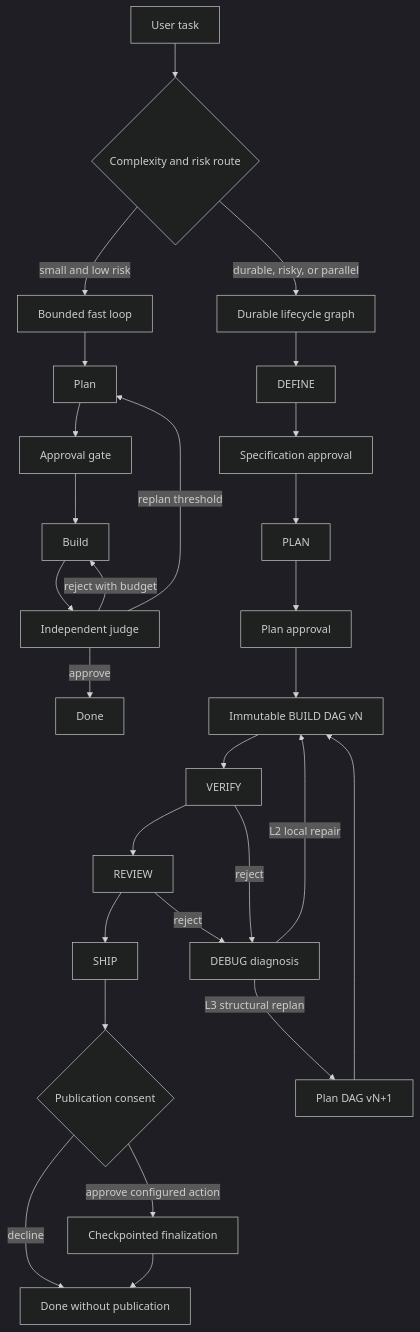
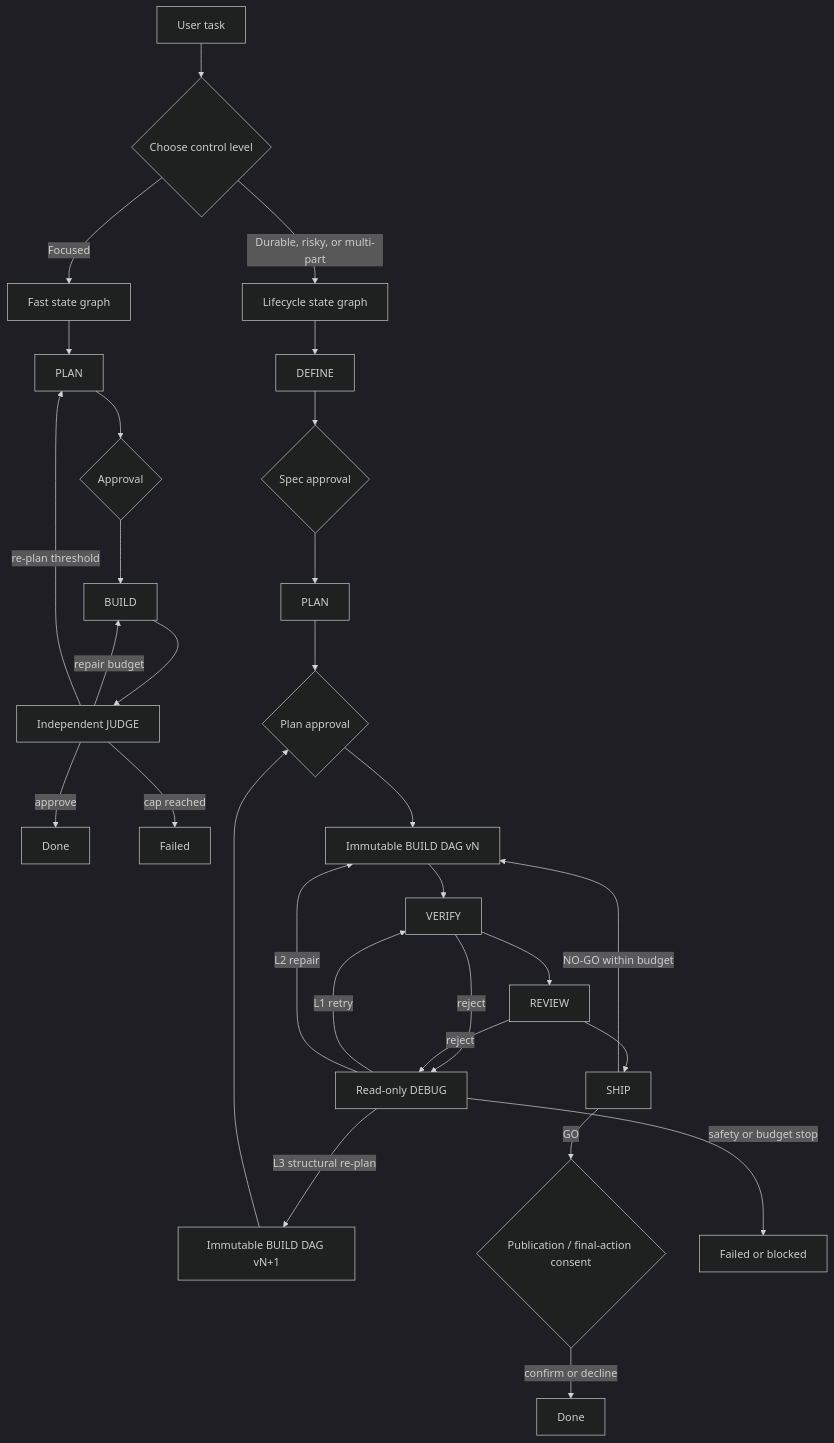
The first of 4 diagrams in docs/graph-architecture.md (nguyen-ta-cuong/ai-orchestrator), drawn with Mermaid (dark theme) before and after one commit. The commit also changed other lines of this file and 8 other files, not shown here.

````diff
--- a/docs/graph-architecture.md
+++ b/docs/graph-architecture.md
@@ -11,18 +11,24 @@
 ```mermaid
 flowchart TB
-    U["User task"] --> R{"Complexity and risk route"}
-    R -->|"small and low risk"| F["Bounded fast loop"]
-    R -->|"durable, risky, or parallel"| D["Durable lifecycle graph"]
-    F --> FP["Plan"] --> FG["Approval gate"] --> FB["Build"] --> FJ["Independent judge"]
+    U["User task"] --> C{"Choose control level"}
+
+    C -->|"Focused"| F["Fast state graph"]
+    F --> FP["PLAN"] --> FA{"Approval"} --> FB["BUILD"] --> FJ["Independent JUDGE"]
     FJ -->|"approve"| FD["Done"]
-    FJ -->|"reject with budget"| FB
-    FJ -->|"replan threshold"| FP
-    D --> DE["DEFINE"] --> DG1["Specification approval"] --> DP["PLAN"] --> DG2["Plan approval"]
-    DG2 --> BDAG["Immutable BUILD DAG vN"] --> DV["VERIFY"] --> DR["REVIEW"] --> DS["SHIP"] --> PUB{"Publication consent"}
-    DV -->|"reject"| DD["DEBUG diagnosis"]
-    DR -->|"reject"| DD
-    DD -->|"L2 local repair"| BDAG
-    DD -->|"L3 structural replan"| NV["Plan DAG vN+1"] --> BDAG
-    PUB -->|"decline"| DONE["Done without publication"]
-    PUB -->|"approve configured action"| FIN["Checkpointed finalization"] --> DONE
+    FJ -->|"repair budget"| FB
+    FJ -->|"re-plan threshold"| FP
+    FJ -->|"cap reached"| FX["Failed"]
+
+    C -->|"Durable, risky, or multi-part"| L["Lifecycle state graph"]
+    L --> LD["DEFINE"] --> LS{"Spec approval"} --> LP["PLAN"] --> LA{"Plan approval"}
+    LA --> BD["Immutable BUILD DAG vN"] --> LV["VERIFY"] --> LR["REVIEW"] --> SH["SHIP"]
+    LV -->|"reject"| DG["Read-only DEBUG"]
+    LR -->|"reject"| DG
+    DG -->|"L1 retry"| LV
+    DG -->|"L2 repair"| BD
+    DG -->|"L3 structural re-plan"| PN["Immutable BUILD DAG vN+1"] --> LA
+    SH -->|"GO"| PG{"Publication / final-action consent"}
+    PG -->|"confirm or decline"| DONE["Done"]
+    SH -->|"NO-GO within budget"| BD
+    DG -->|"safety or budget stop"| LX["Failed or blocked"]
 ```
````
